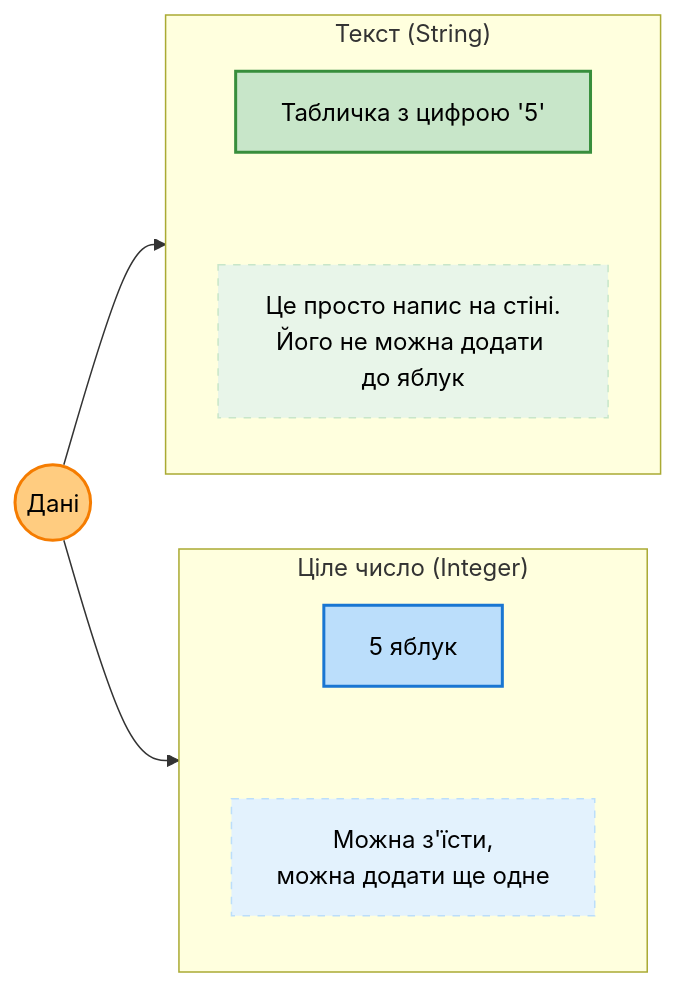
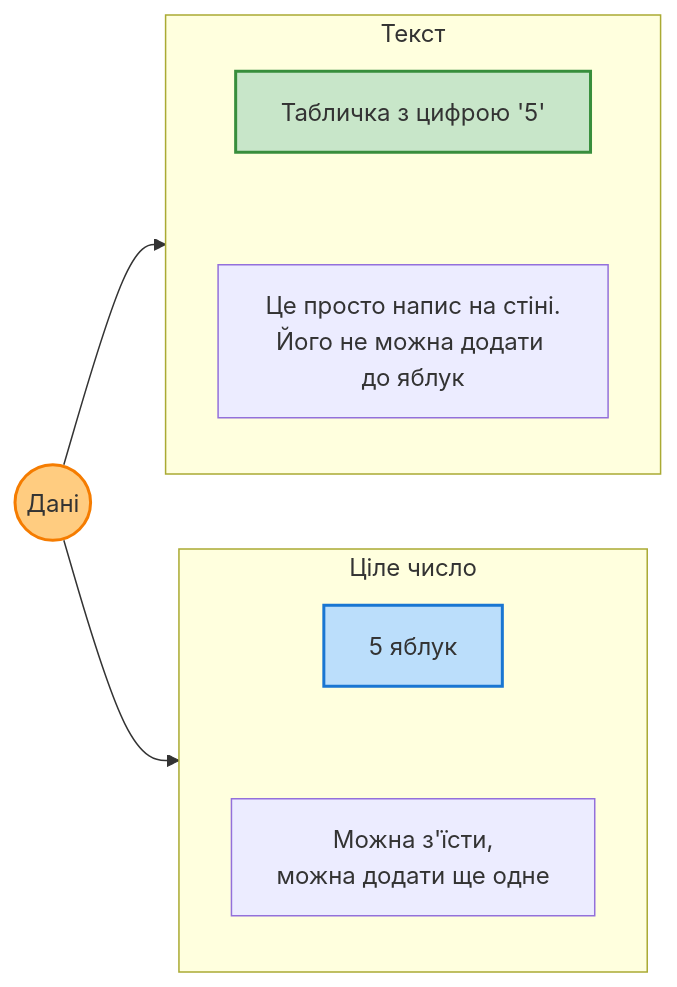
One commit to dmytroway/python3-code-inf changed the fourth of 4 diagrams in content/Курс python/lesson1.md. Above: the diagram before and after it, drawn with Mermaid.

Commit message:
мермейд проблем

````diff
--- a/content/Курс python/lesson1.md
+++ b/content/Курс python/lesson1.md
@@ -219,37 +219,29 @@
 ```mermaid
 flowchart LR
     Data(("Дані"))
     
-    subgraph INT ["Ціле число (Integer)"]
+    subgraph GroupInteger ["Ціле число"]
         direction TB
-        I["5 яблук"]
+        NodeI["5 яблук"]
         DescI["Можна з'їсти,<br/>можна додати ще одне"]
     end
 
-    subgraph STR ["Текст (String)"]
+    subgraph GroupString ["Текст"]
         direction TB
-        S["Табличка з цифрою '5'"]
+        NodeS["Табличка з цифрою '5'"]
         DescS["Це просто напис на стіні.<br/>Його не можна додати до яблук"]
     end
 
     %% Зв'язки
-    Data --> I
-    Data --> S
+    Data --> NodeI
+    Data --> NodeS
     
-    %% Невидимі зв'язки для розташування
-    I ~~~ DescI
-    S ~~~ DescS
+    %% Невидимі зв'язки
+    NodeI ~~~ DescI
+    NodeS ~~~ DescS
 
-    %% --- СТИЛІЗАЦІЯ ---
-    
-    %% Головний вузол (Помаранчевий)
-    style Data fill:#ffcc80,stroke:#f57c00,color:black,stroke-width:2px
-
-    %% Блок чисел (Синій)
-    style I fill:#bbdefb,stroke:#1976D2,color:black,stroke-width:2px
-    style DescI fill:#e3f2fd,stroke:#bbdefb,color:black,stroke-dasharray: 5 5
-
-    %% Блок тексту (Зелений)
-    style S fill:#c8e6c9,stroke:#388E3C,color:black,stroke-width:2px
-    style DescS fill:#e8f5e9,stroke:#c8e6c9,color:black,stroke-dasharray: 5 5
+    %% Стилі (вони працюватимуть у світлій темі, а в темній їх перекриє наш новий CSS)
+    style NodeI fill:#bbdefb,stroke:#1976D2,stroke-width:2px
+    style NodeS fill:#c8e6c9,stroke:#388E3C,stroke-width:2px
+    style Data fill:#ffcc80,stroke:#f57c00,stroke-width:2px
 ```
````
